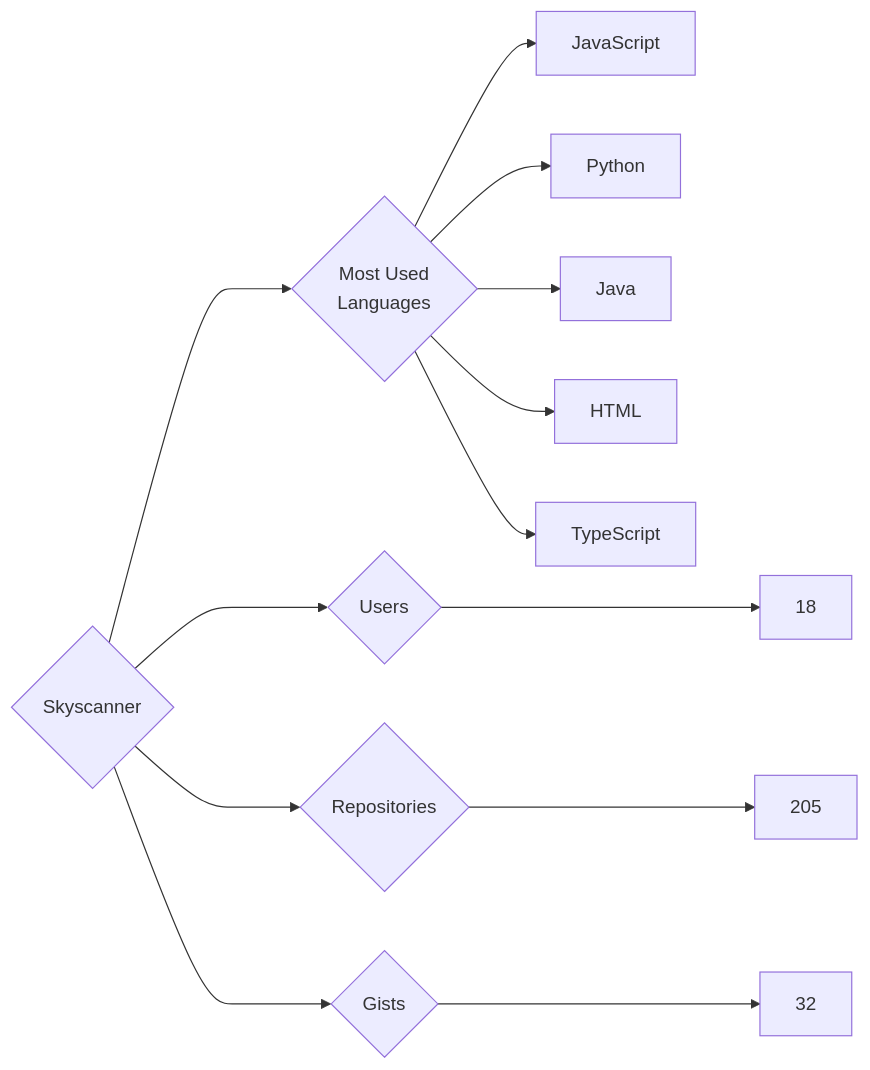
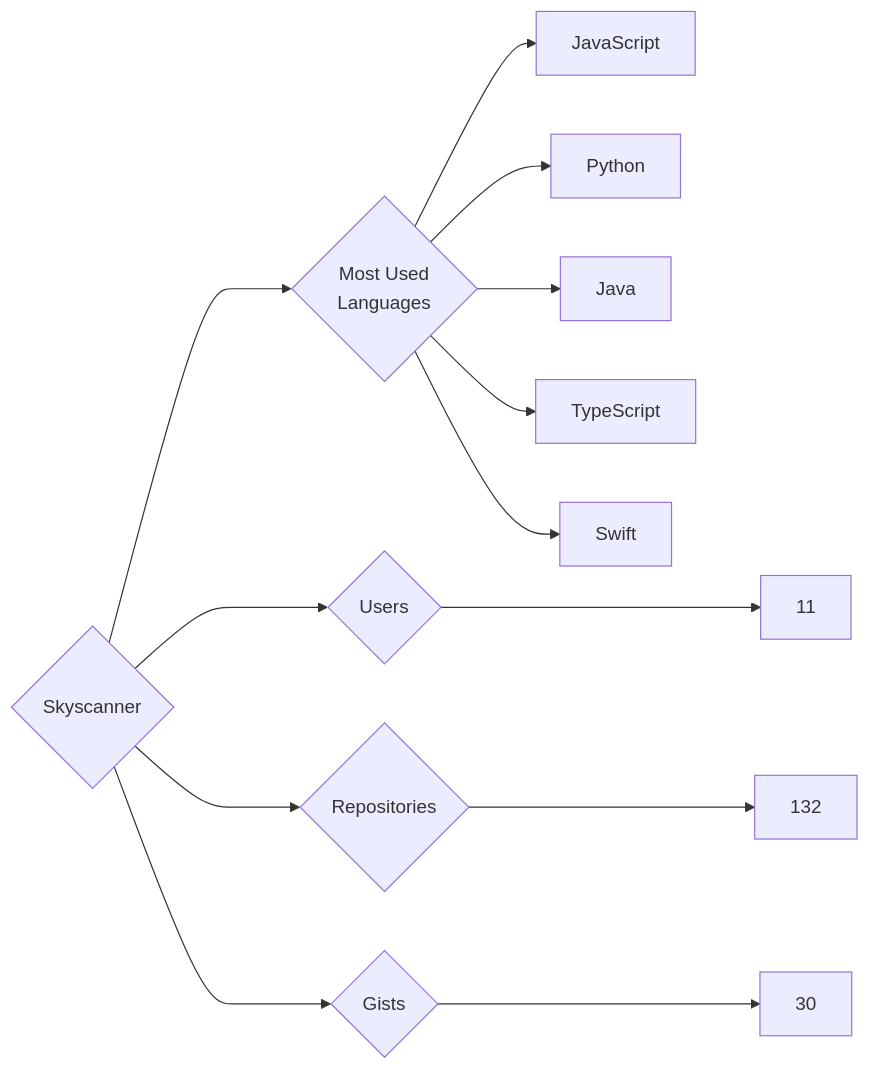
One commit to trickest/insiders changed the diagram in targets/Skyscanner/README.md. Above: the diagram before and after it, drawn with Mermaid. The commit also changed 797 other files, not shown here.

````diff
--- a/targets/Skyscanner/README.md
+++ b/targets/Skyscanner/README.md
@@ -3,13 +3,13 @@
 ```mermaid
 graph LR
 COMPANY_NAME{Skyscanner}
-COMPANY_NAME ---> U{Users} ---> UN[18]
-COMPANY_NAME ---> R{Repositories} ---> RN[205]
-COMPANY_NAME ---> G{Gists} ---> GN[32]
+COMPANY_NAME ---> U{Users} ---> UN[11]
+COMPANY_NAME ---> R{Repositories} ---> RN[132]
+COMPANY_NAME ---> G{Gists} ---> GN[30]
 COMPANY_NAME ---> ML{Most Used<br>Languages}
 ML --> JavaScript[JavaScript]
 ML --> Python[Python]
 ML --> Java[Java]
-ML --> HTML[HTML]
 ML --> TypeScript[TypeScript]
+ML --> Swift[Swift]
 ```
````
